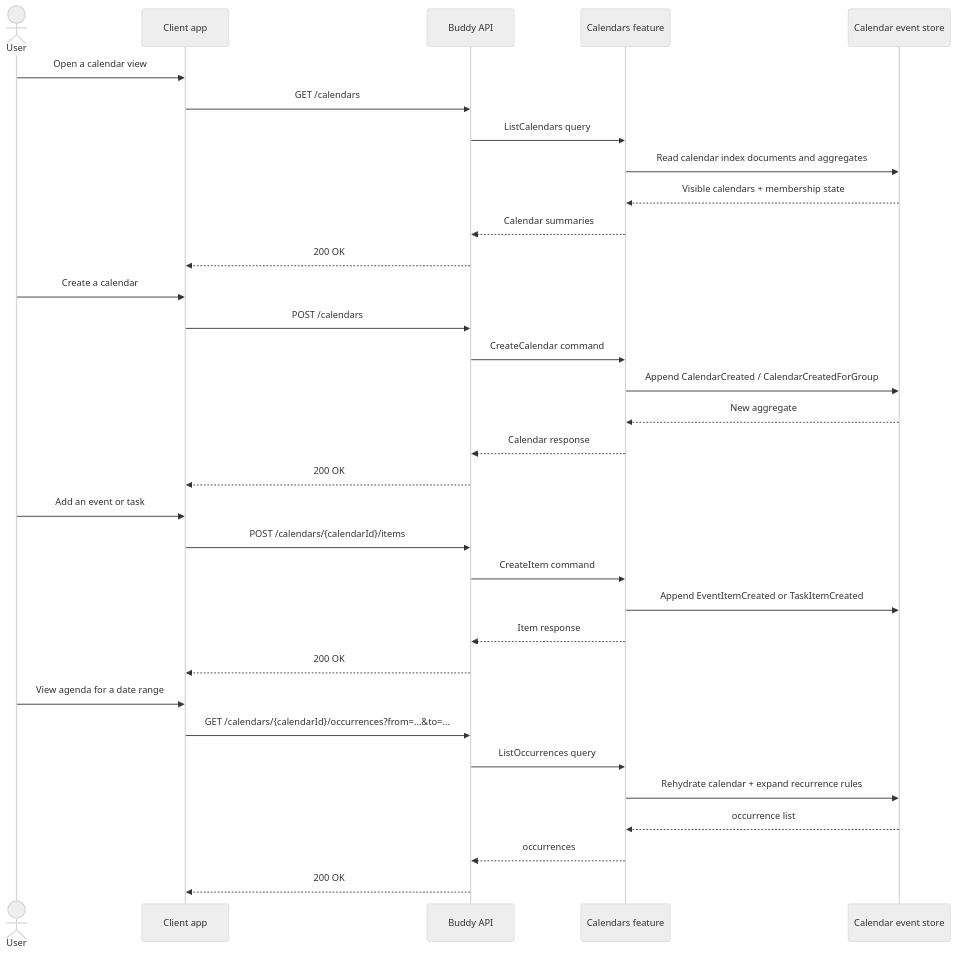
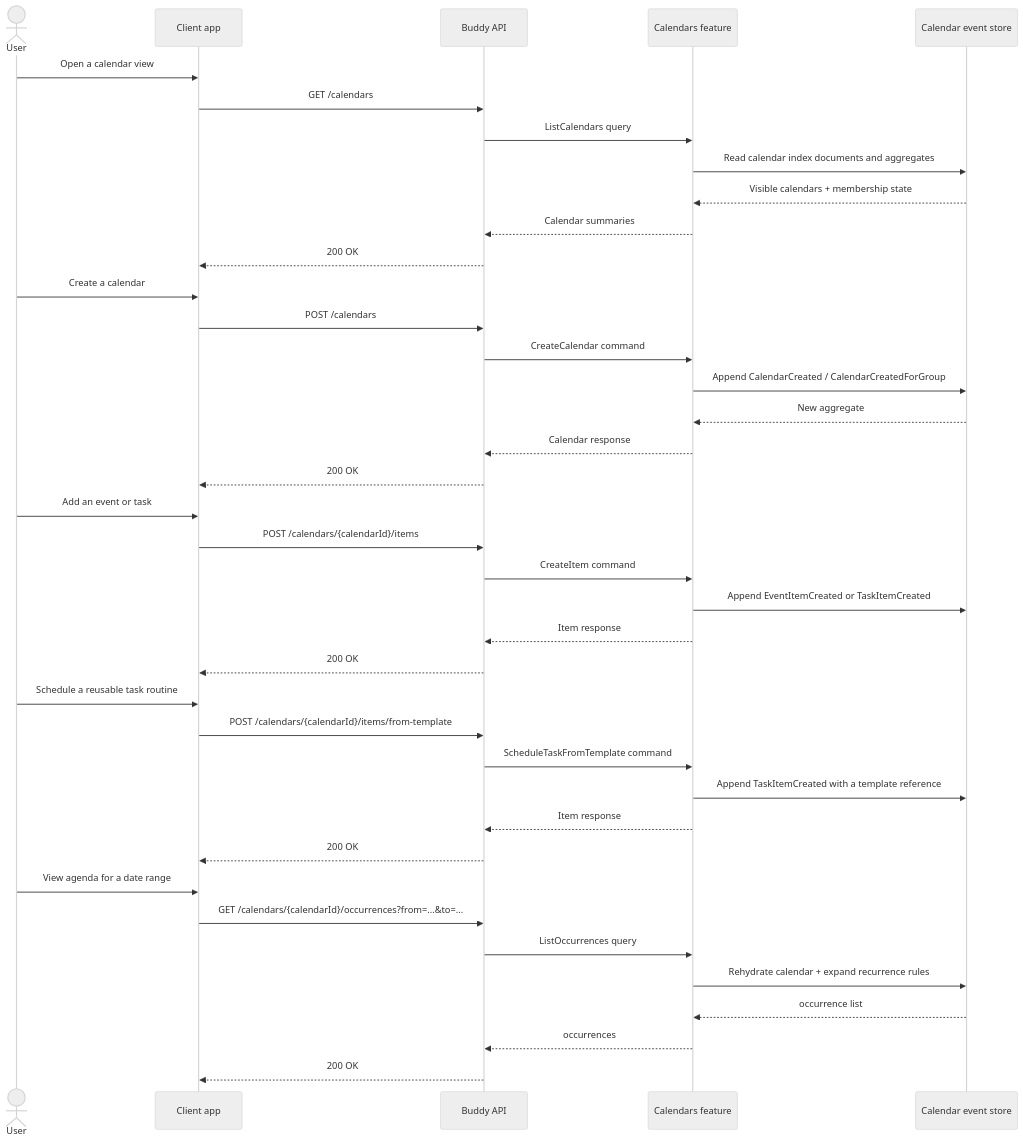
One commit to kimipsen/buddy changed the diagram in docs/backend/calendars/flow.md. Above: the diagram before and after it, drawn with Mermaid (neutral theme). The commit also changed other lines of this file and 3 other files, not shown here.

Commit message:
feat(task-library): add Task Library flow documentation and endpoints

````diff
--- a/docs/backend/calendars/flow.md
+++ b/docs/backend/calendars/flow.md
@@ -5,39 +5,46 @@
 ```mermaid
 sequenceDiagram
     actor User
     participant App as Client app
     participant API as Buddy API
     participant Calendars as Calendars feature
     participant Store as Calendar event store
 
     User->>App: Open a calendar view
     App->>API: GET /calendars
     API->>Calendars: ListCalendars query
     Calendars->>Store: Read calendar index documents and aggregates
     Store-->>Calendars: Visible calendars + membership state
     Calendars-->>API: Calendar summaries
     API-->>App: 200 OK
 
     User->>App: Create a calendar
     App->>API: POST /calendars
     API->>Calendars: CreateCalendar command
     Calendars->>Store: Append CalendarCreated / CalendarCreatedForGroup
     Store-->>Calendars: New aggregate
     Calendars-->>API: Calendar response
     API-->>App: 200 OK
 
     User->>App: Add an event or task
     App->>API: POST /calendars/{calendarId}/items
     API->>Calendars: CreateItem command
     Calendars->>Store: Append EventItemCreated or TaskItemCreated
     Calendars-->>API: Item response
     API-->>App: 200 OK
 
+    User->>App: Schedule a reusable task routine
+    App->>API: POST /calendars/{calendarId}/items/from-template
+    API->>Calendars: ScheduleTaskFromTemplate command
+    Calendars->>Store: Append TaskItemCreated with a template reference
+    Calendars-->>API: Item response
+    API-->>App: 200 OK
+
     User->>App: View agenda for a date range
     App->>API: GET /calendars/{calendarId}/occurrences?from=...&to=...
     API->>Calendars: ListOccurrences query
     Calendars->>Store: Rehydrate calendar + expand recurrence rules
     Store-->>Calendars: occurrence list
     Calendars-->>API: occurrences
     API-->>App: 200 OK
 ```
````
